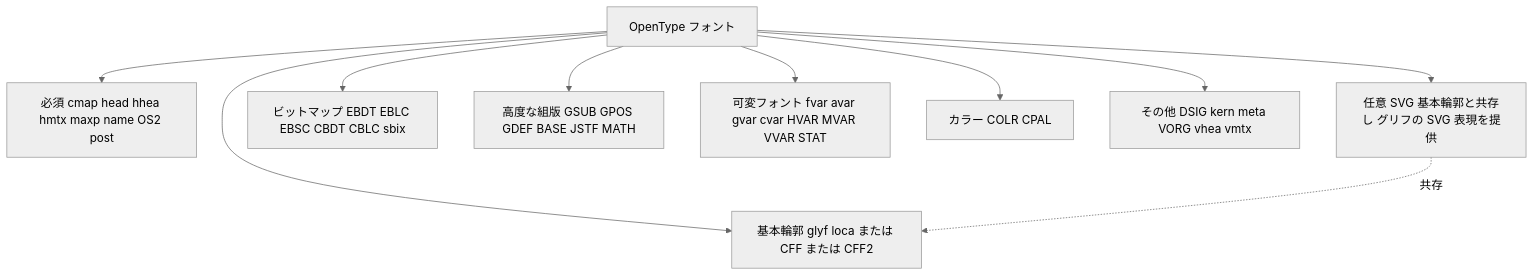
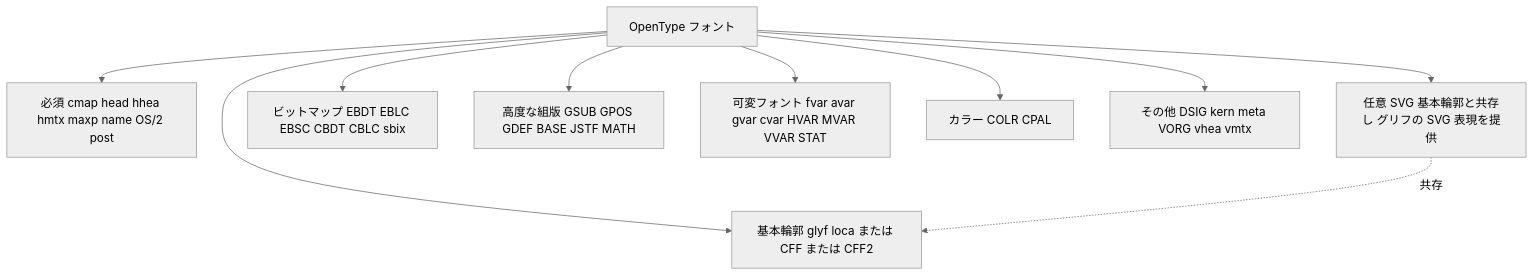
Before and after one commit to myoshi2891/Quality-Assurance-Studies: the fifth of 11 diagrams in Iso-iec-14496-22-2026-beginner-guide.md, drawn with Mermaid (neutral theme). The commit also changed other lines of this file and 1 other file, not shown here.

````diff
--- a/Iso-iec-14496-22-2026-beginner-guide.md
+++ b/Iso-iec-14496-22-2026-beginner-guide.md
@@ -380,12 +380,12 @@
 ```mermaid
 flowchart TD
-    FONT["OpenType フォント"] --> REQ["必須 cmap head hhea hmtx maxp name OS2 post"]
+    FONT["OpenType フォント"] --> REQ["必須 cmap head hhea hmtx maxp name OS/2 post"]
     FONT --> OUT["基本輪郭 glyf loca または CFF または CFF2"]
     FONT --> SVGT["任意 SVG 基本輪郭と共存し グリフの SVG 表現を提供"]
     SVGT -.->|共存| OUT
     FONT --> BMP["ビットマップ EBDT EBLC EBSC CBDT CBLC sbix"]
     FONT --> LAY["高度な組版 GSUB GPOS GDEF BASE JSTF MATH"]
     FONT --> VAR["可変フォント fvar avar gvar cvar HVAR MVAR VVAR STAT"]
     FONT --> COL["カラー COLR CPAL"]
     FONT --> ETC["その他 DSIG kern meta VORG vhea vmtx"]
 ```
````
